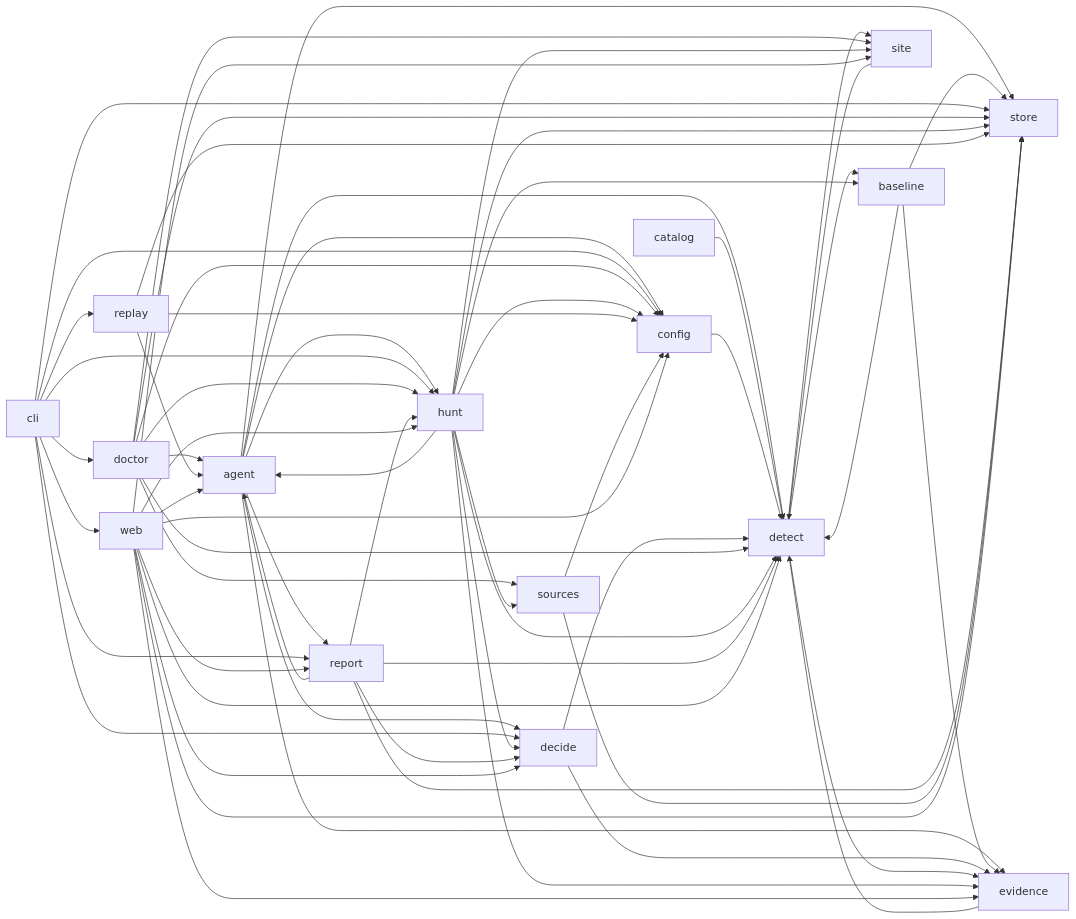
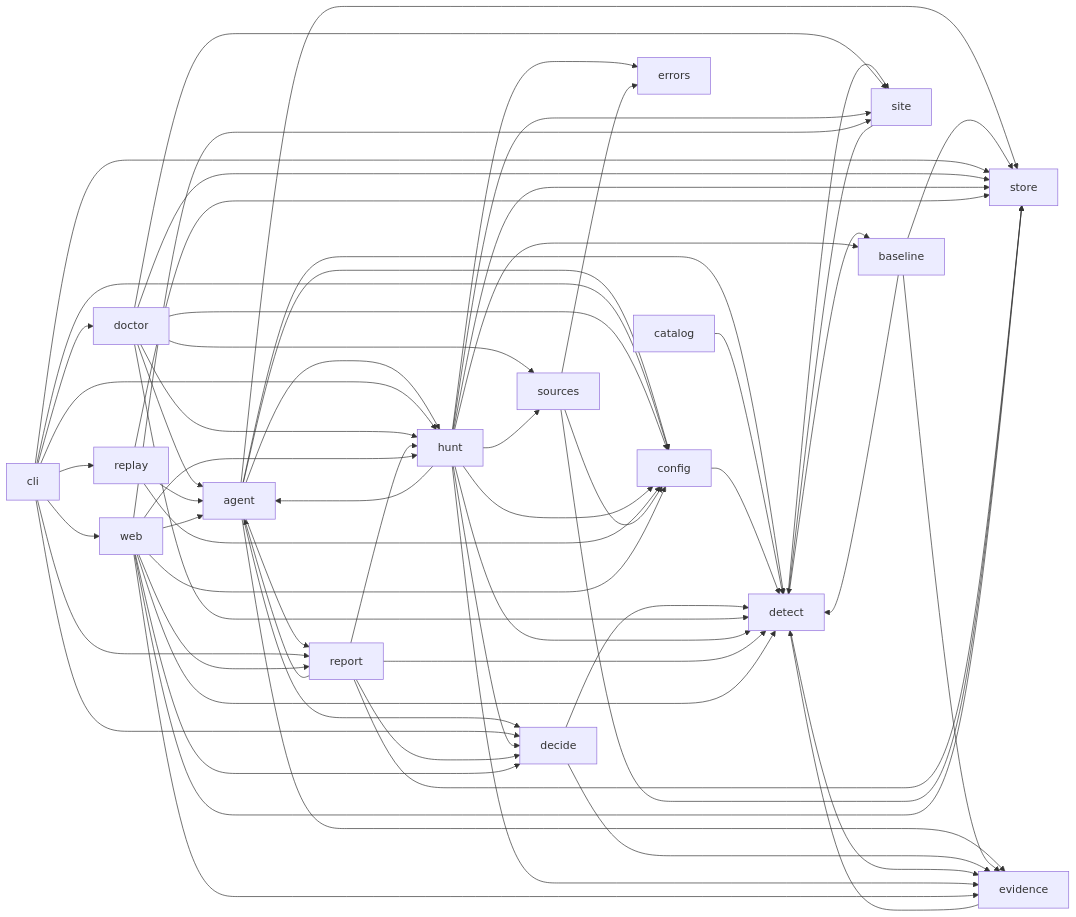
One commit to nickthabib-cloud/ROMULUS changed the diagram in docs/architecture/MODULE_MAP.md. Above: the diagram before and after it, drawn with Mermaid. The commit also changed other lines of this file and 82 other files, not shown here.

````diff
--- a/docs/architecture/MODULE_MAP.md
+++ b/docs/architecture/MODULE_MAP.md
@@ -182,65 +184,67 @@
 ```mermaid
 graph LR
   agent --> config
   agent --> decide
   agent --> detect
   agent --> evidence
   agent --> hunt
   agent --> report
   agent --> store
   baseline --> detect
   baseline --> evidence
   baseline --> store
   catalog --> detect
   cli --> config
   cli --> decide
   cli --> doctor
   cli --> hunt
   cli --> replay
   cli --> report
   cli --> store
   cli --> web
   config --> detect
   decide --> detect
   decide --> evidence
   detect --> baseline
   detect --> evidence
   detect --> site
   doctor --> agent
   doctor --> config
   doctor --> detect
   doctor --> hunt
   doctor --> site
   doctor --> sources
   doctor --> store
   evidence --> detect
   hunt --> agent
   hunt --> baseline
   hunt --> config
   hunt --> decide
   hunt --> detect
+  hunt --> errors
   hunt --> evidence
   hunt --> site
   hunt --> sources
   hunt --> store
   replay --> agent
   replay --> config
   replay --> store
   report --> agent
   report --> decide
   report --> detect
   report --> hunt
   report --> store
   site --> detect
   sources --> config
+  sources --> errors
   sources --> store
   web --> agent
   web --> config
   web --> decide
   web --> detect
   web --> evidence
   web --> hunt
   web --> report
   web --> site
   web --> store
 ```
````
